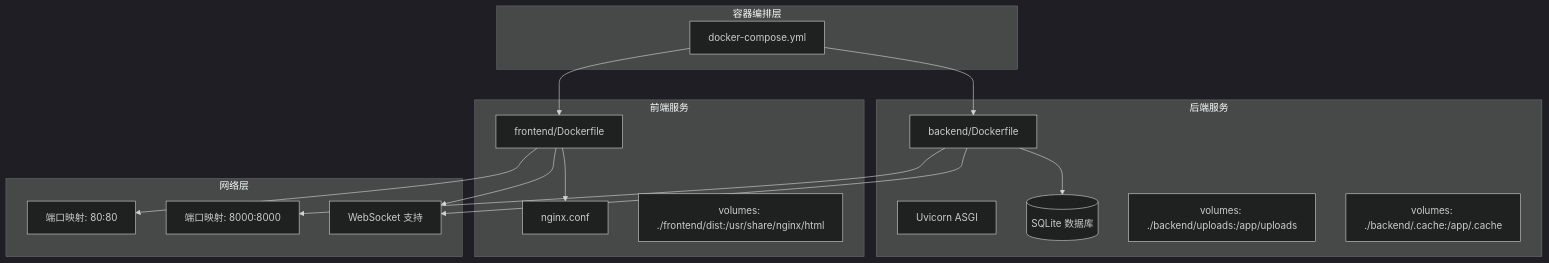
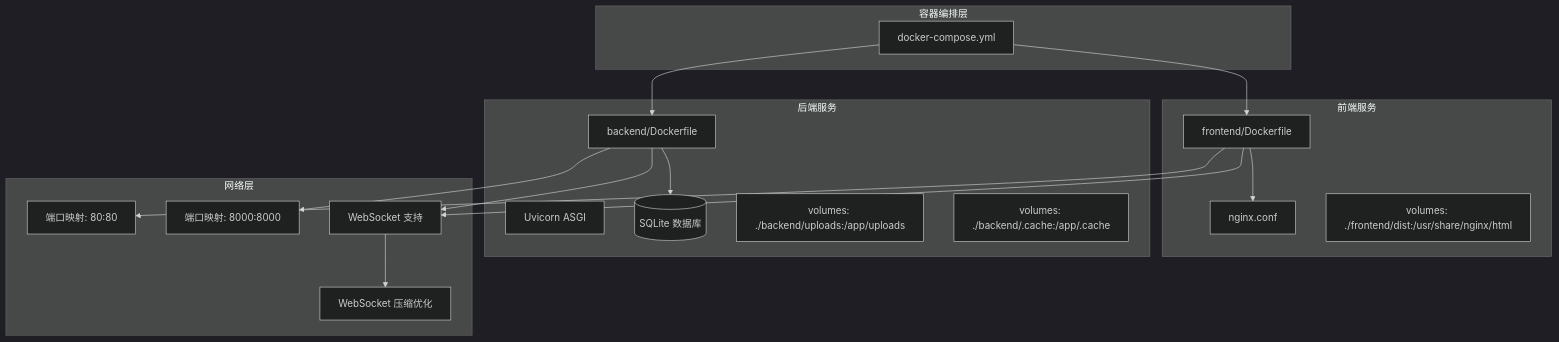
The first of 10 diagrams in .qoder/repowiki/zh/content/容器化部署.md (laohanhahaha/PaperChat), drawn with Mermaid (dark theme) before and after one commit. The commit also changed other lines of this file and 59 other files, not shown here.

````diff
--- a/.qoder/repowiki/zh/content/容器化部署.md
+++ b/.qoder/repowiki/zh/content/容器化部署.md
@@ -39,31 +51,33 @@
 ```mermaid
 graph TB
 subgraph "容器编排层"
 DC[docker-compose.yml]
 end
 subgraph "前端服务"
 FE[frontend/Dockerfile]
 NGINX[nginx.conf]
 FE_VOL[volumes: ./frontend/dist:/usr/share/nginx/html]
 end
 subgraph "后端服务"
 BE[backend/Dockerfile]
 UVICORN[Uvicorn ASGI]
 DB[(SQLite 数据库)]
 UPLOADS[volumes: ./backend/uploads:/app/uploads]
 CACHE[volumes: ./backend/.cache:/app/.cache]
 end
 subgraph "网络层"
 PORT80[端口映射: 80:80]
 PORT8000[端口映射: 8000:8000]
 WS[WebSocket 支持]
+COMPRESS[WebSocket 压缩优化]
 end
 DC --> FE
 DC --> BE
 FE --> NGINX
 FE --> PORT80
 BE --> PORT8000
 BE --> DB
 FE --> WS
 BE --> WS
+WS --> COMPRESS
 ```
````
